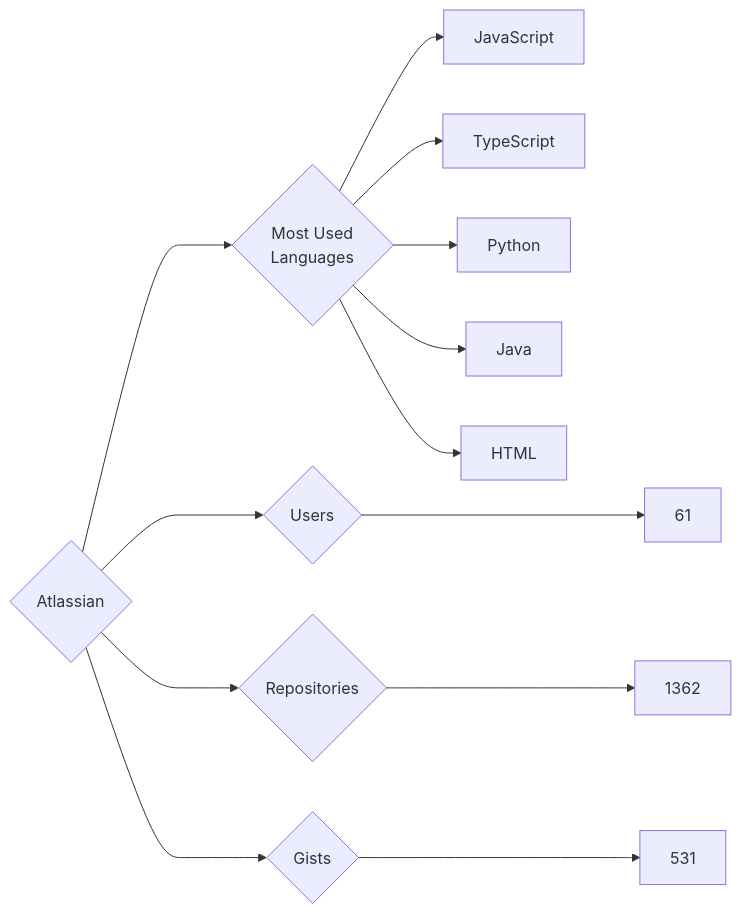
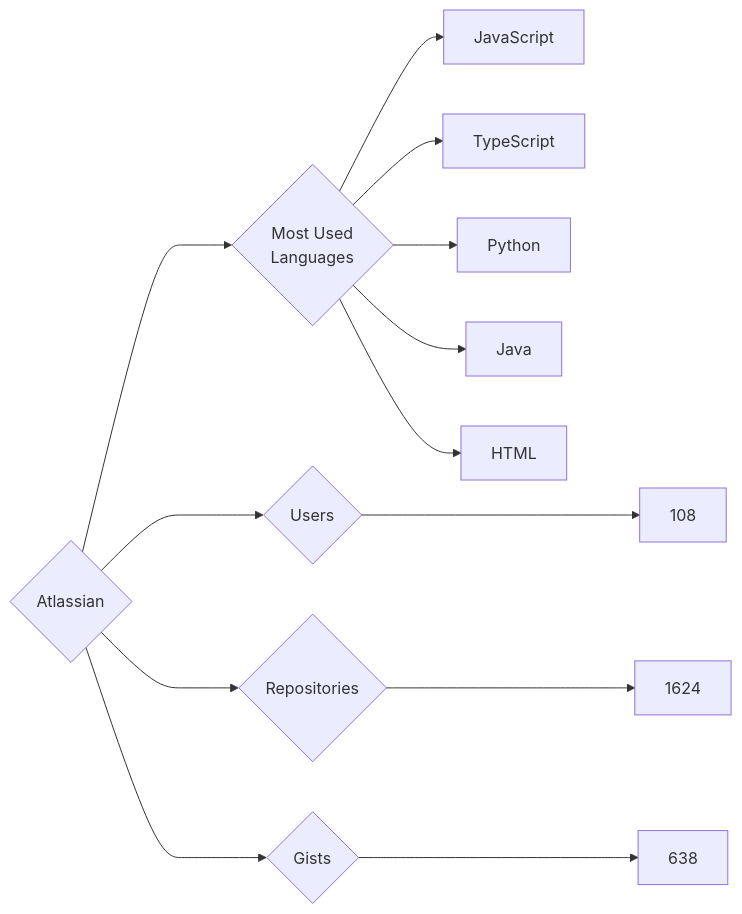
Before and after one commit to trickest/insiders: the diagram in targets/Atlassian/README.md, drawn with Mermaid. The commit also changed 610 other files, not shown here.

````diff
--- a/targets/Atlassian/README.md
+++ b/targets/Atlassian/README.md
@@ -3,13 +3,13 @@
 ```mermaid
 graph LR
 COMPANY_NAME{Atlassian}
-COMPANY_NAME ---> U{Users} ---> UN[61]
-COMPANY_NAME ---> R{Repositories} ---> RN[1362]
-COMPANY_NAME ---> G{Gists} ---> GN[531]
+COMPANY_NAME ---> U{Users} ---> UN[108]
+COMPANY_NAME ---> R{Repositories} ---> RN[1624]
+COMPANY_NAME ---> G{Gists} ---> GN[638]
 COMPANY_NAME ---> ML{Most Used<br>Languages}
 ML --> JavaScript[JavaScript]
 ML --> TypeScript[TypeScript]
 ML --> Python[Python]
 ML --> Java[Java]
 ML --> HTML[HTML]
 ```
````
